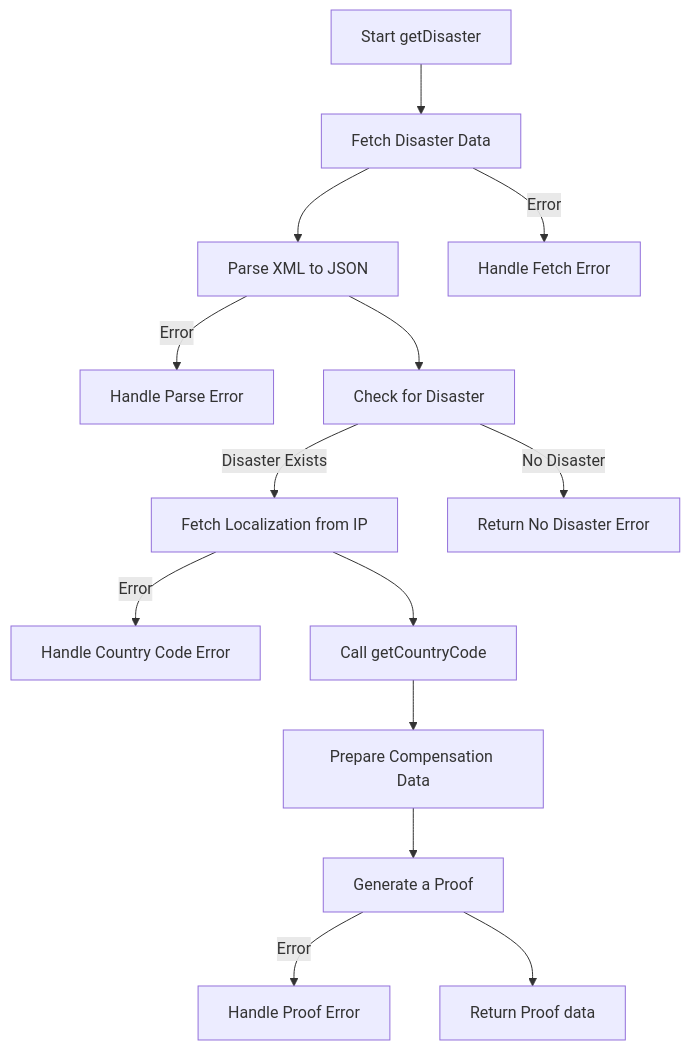
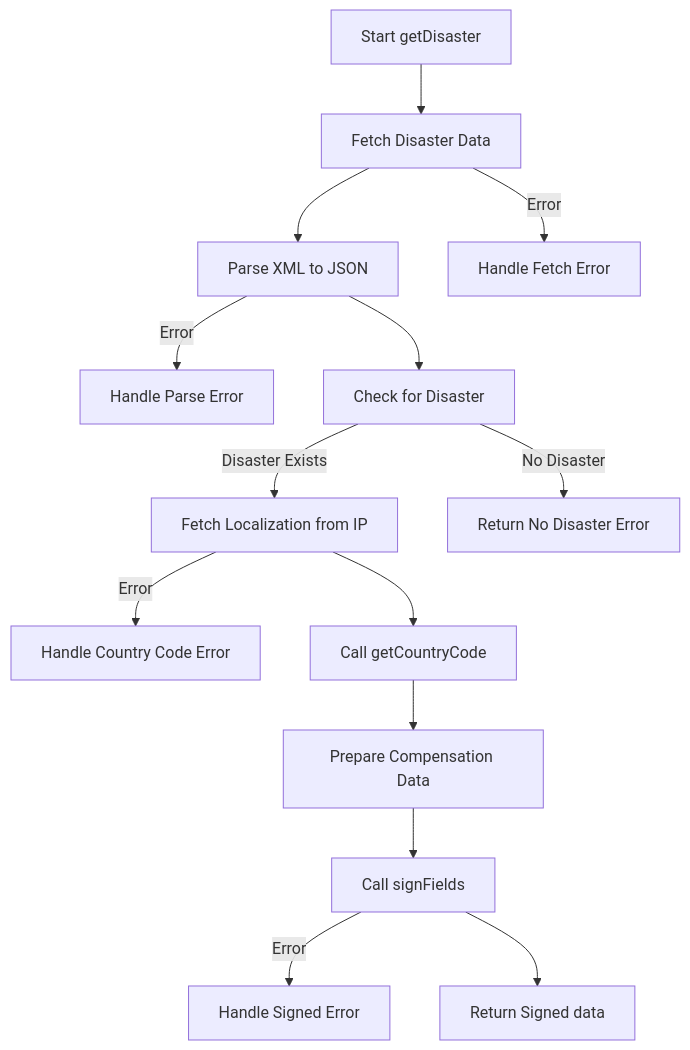
The second of 3 diagrams in README.md (zguesmi/PRENDICO), drawn with Mermaid before and after one commit. The commit also changed other lines of this file and 1 other file, not shown here.

Commit message:
change and replace some infos

````diff
--- a/README.md
+++ b/README.md
@@ -107,17 +107,17 @@
 ```mermaid
 graph TD
     A[Start getDisaster] --> B[Fetch Disaster Data]
     B --> C[Parse XML to JSON]
     C -->|Error| Y[Handle Parse Error]
     C --> D[Check for Disaster]
     D -->|Disaster Exists| F[Fetch Localization from IP]
     D -->|No Disaster| G[Return No Disaster Error]
     F -->|Error| X[Handle Country Code Error]
     F --> E[Call getCountryCode]
     E --> H[Prepare Compensation Data]
-    H --> I[Generate a Proof]
-    I -->|Error| W[Handle Proof Error]
-    I --> J[Return Proof data]
+    H --> I[Call signFields]
+    I -->|Error| W[Handle Signed Error]
+    I --> J[Return Signed data]
     B -->|Error| Z[Handle Fetch Error]
 
 ```
````
